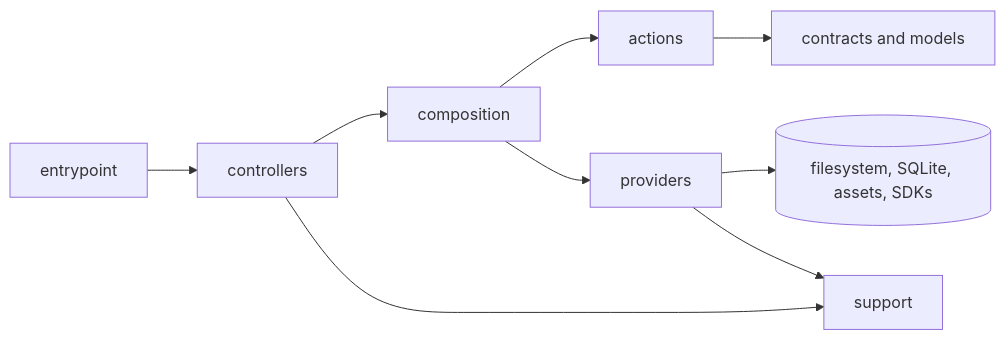
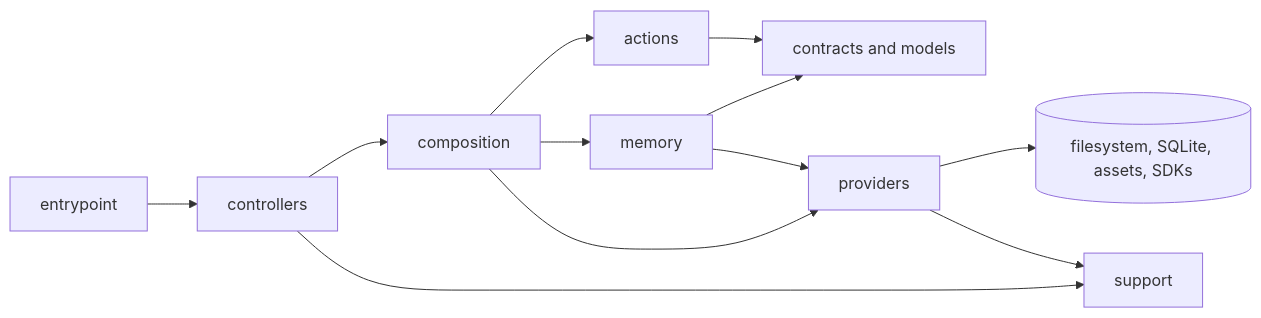
One commit to konteks/cli changed the diagram in docs/development/directory-structure.md. Above: the diagram before and after it, drawn with Mermaid. The commit also changed other lines of this file and 36 other files, not shown here.

````diff
--- a/docs/development/directory-structure.md
+++ b/docs/development/directory-structure.md
@@ -37,11 +38,14 @@
 ```mermaid
 graph LR
     E[entrypoint] --> C[controllers]
     C --> X[composition]
     X --> A[actions]
+    X --> M[memory]
     A --> K[contracts and models]
+    M --> K
     X --> P[providers]
+    M --> P
     P --> R[(filesystem, SQLite, assets, SDKs)]
     C --> S[support]
     P --> S
 ```
````
